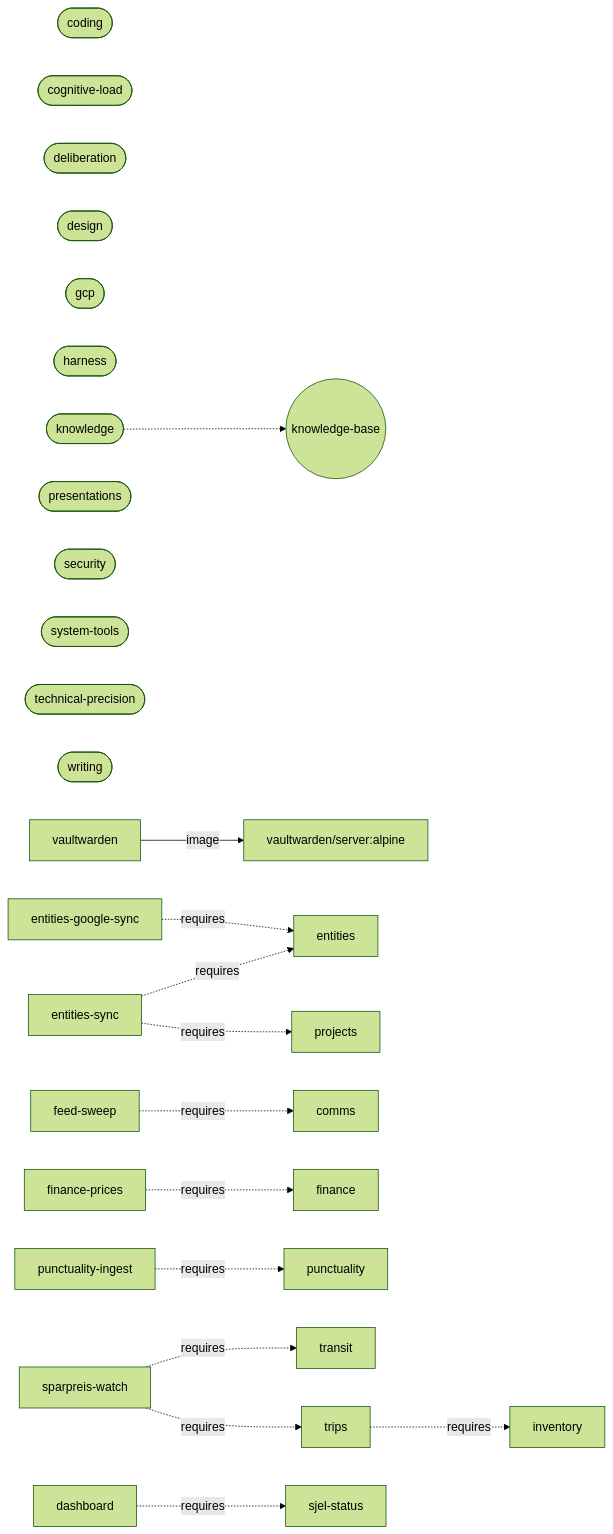
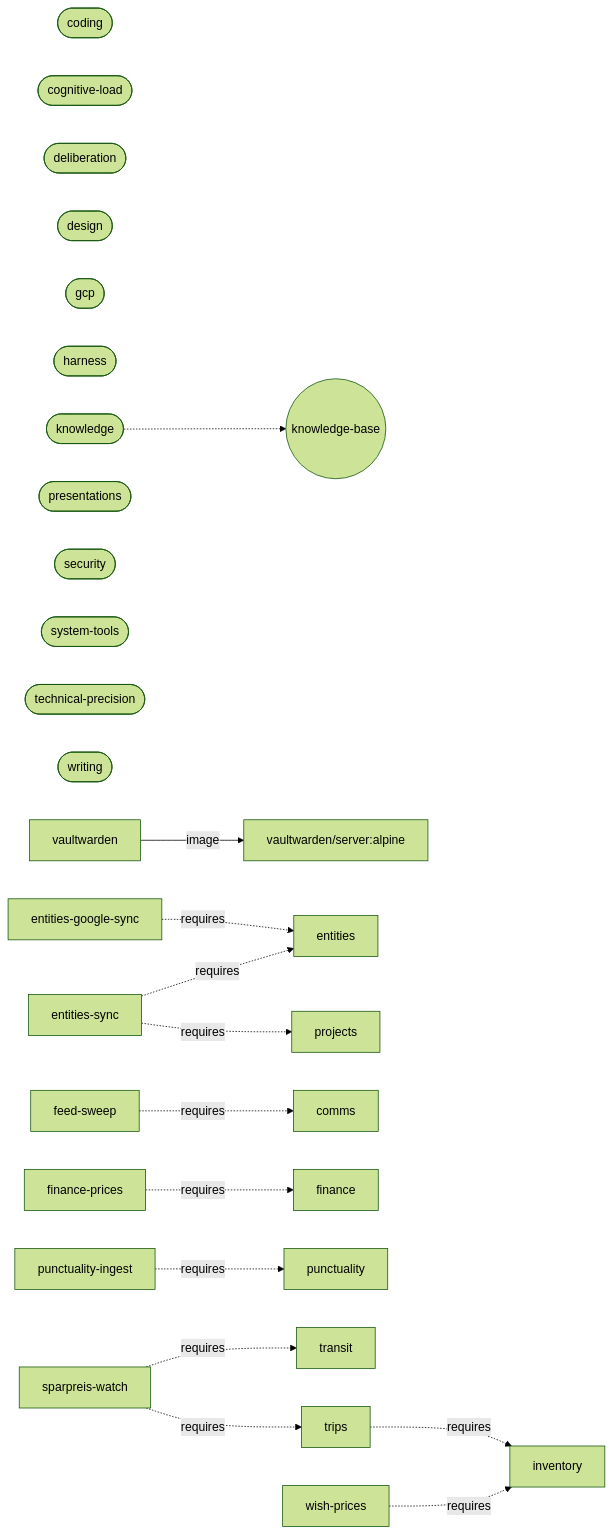
One commit to larsboes/Sjel changed the diagram in ARCHITECTURE.md. Above: the diagram before and after it, drawn with Mermaid (forest theme). The commit also changed other lines of this file and 609 other files, not shown here.

````diff
--- a/ARCHITECTURE.md
+++ b/ARCHITECTURE.md
@@ -173,27 +173,27 @@
 ```mermaid
 flowchart LR
   pack_coding(["coding"])
   pack_cognitive_load(["cognitive-load"])
   pack_deliberation(["deliberation"])
   pack_design(["design"])
   pack_gcp(["gcp"])
   pack_harness(["harness"])
   pack_knowledge(["knowledge"])
   pack_knowledge -.-> sys_knowledge_base(("knowledge-base"))
   pack_presentations(["presentations"])
   pack_security(["security"])
   pack_system_tools(["system-tools"])
   pack_technical_precision(["technical-precision"])
   pack_writing(["writing"])
   cap_vaultwarden["vaultwarden"] -->|image| img_vaultwarden_server["vaultwarden/server:alpine"]
   cap_entities_google_sync["entities-google-sync"] -.->|requires| cap_entities["entities"]
   cap_entities_sync["entities-sync"] -.->|requires| cap_projects["projects"]
   cap_entities_sync["entities-sync"] -.->|requires| cap_entities["entities"]
   cap_feed_sweep["feed-sweep"] -.->|requires| cap_comms["comms"]
   cap_finance_prices["finance-prices"] -.->|requires| cap_finance["finance"]
   cap_punctuality_ingest["punctuality-ingest"] -.->|requires| cap_punctuality["punctuality"]
   cap_sparpreis_watch["sparpreis-watch"] -.->|requires| cap_transit["transit"]
   cap_sparpreis_watch["sparpreis-watch"] -.->|requires| cap_trips["trips"]
   cap_trips["trips"] -.->|requires| cap_inventory["inventory"]
-  cap_dashboard["dashboard"] -.->|requires| cap_sjel_status["sjel-status"]
+  cap_wish_prices["wish-prices"] -.->|requires| cap_inventory["inventory"]
 ```
````
